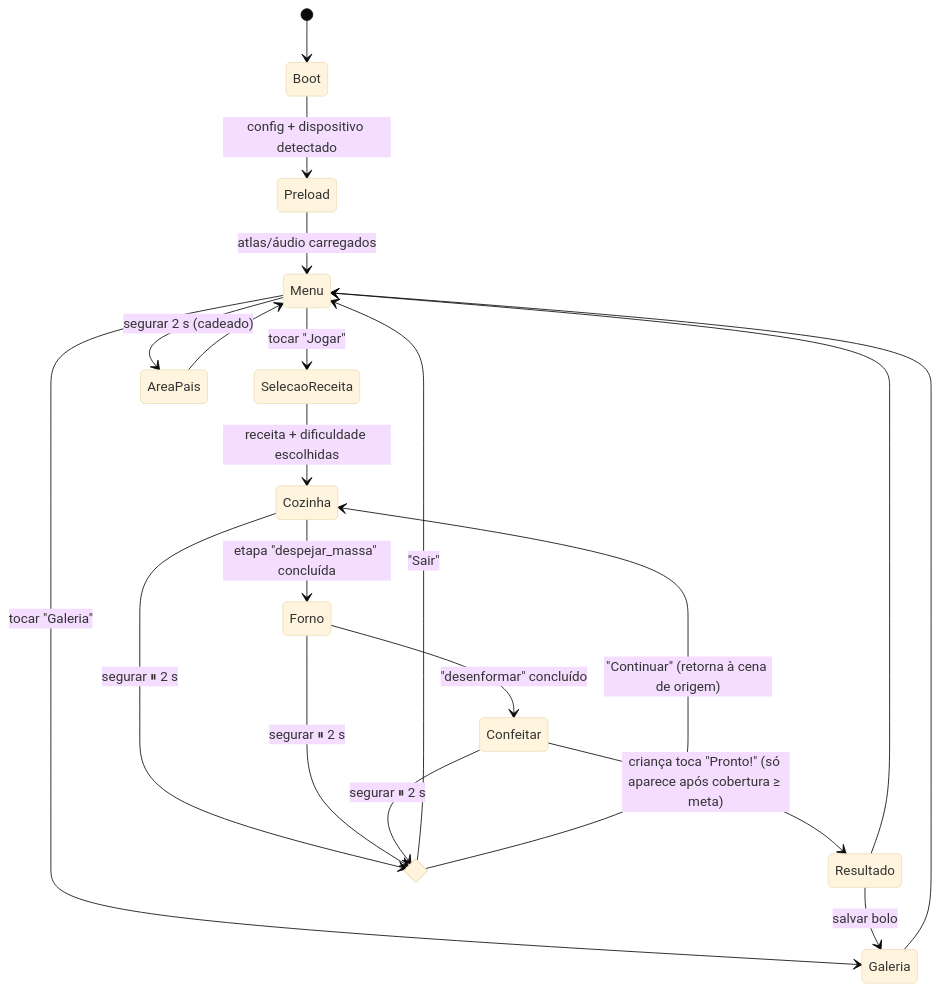
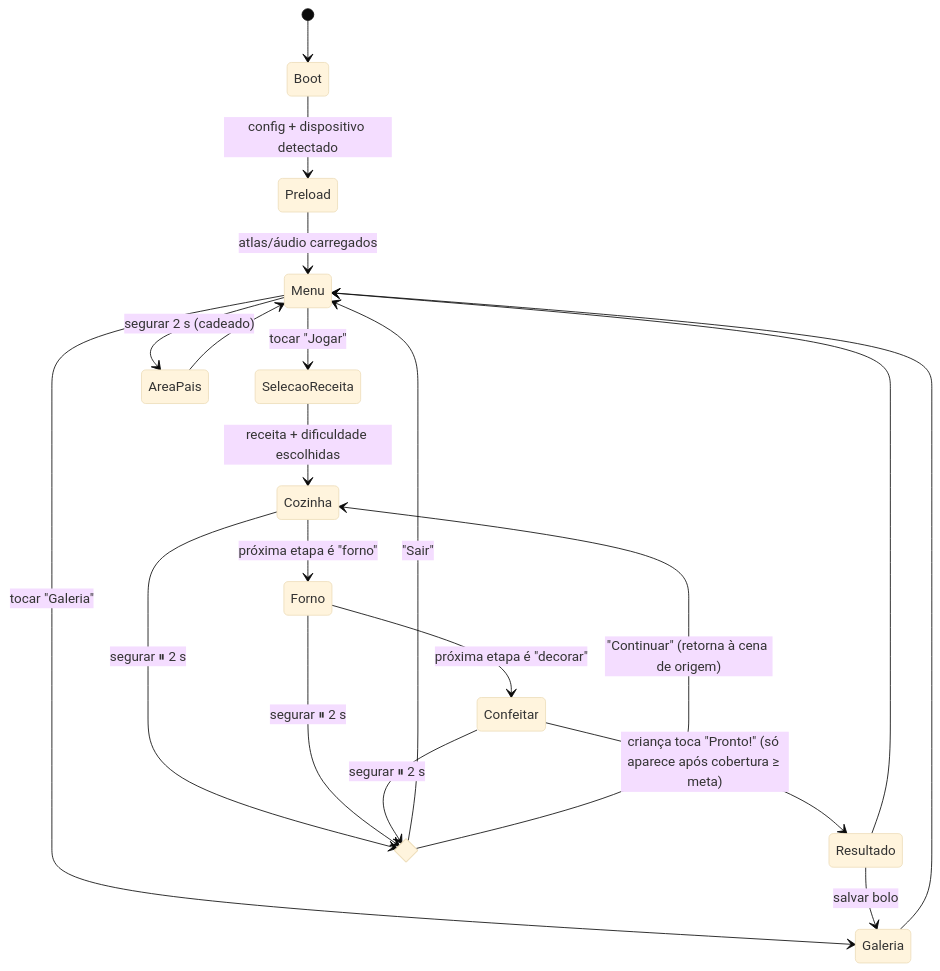
Before and after one commit to bravoon/NEXUS-SANOA: the first of 2 diagrams in meu-bolinho/docs/ARQUITETURA.md, drawn with Mermaid (base theme). The commit also changed other lines of this file and 53 other files, not shown here.

````diff
--- a/meu-bolinho/docs/ARQUITETURA.md
+++ b/meu-bolinho/docs/ARQUITETURA.md
@@ -70,24 +70,24 @@
 ```mermaid
 stateDiagram-v2
     [*] --> Boot
     Boot --> Preload : config + dispositivo detectado
     Preload --> Menu : atlas/áudio carregados
     Menu --> SelecaoReceita : tocar "Jogar"
     Menu --> Galeria : tocar "Galeria"
     Menu --> AreaPais : segurar 2 s (cadeado)
     AreaPais --> Menu
     SelecaoReceita --> Cozinha : receita + dificuldade escolhidas
-    Cozinha --> Forno : etapa "despejar_massa" concluída
-    Forno --> Confeitar : "desenformar" concluído
+    Cozinha --> Forno : próxima etapa é "forno"
+    Forno --> Confeitar : próxima etapa é "decorar"
     Confeitar --> Resultado : criança toca "Pronto!" (só aparece após cobertura ≥ meta)
     Resultado --> Galeria : salvar bolo
     Resultado --> Menu
     Galeria --> Menu
 
     state Pausa <<choice>>
     Cozinha --> Pausa : segurar ⏸ 2 s
     Forno --> Pausa : segurar ⏸ 2 s
     Confeitar --> Pausa : segurar ⏸ 2 s
     Pausa --> Menu : "Sair"
     Pausa --> Cozinha : "Continuar" (retorna à cena de origem)
 ```
````
